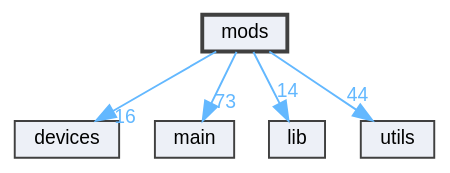
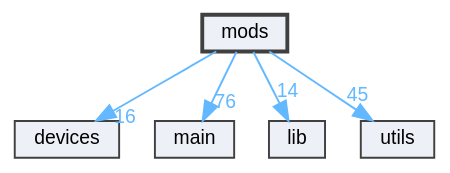
Before and after one commit to the-moisrex/foresight: the diagram in api/dir_e32e21dff86b2f4c3e9cf44f437b74cb_dep.dot, drawn with Graphviz. The commit also changed 223 other files, not shown here.

```diff
--- a/api/dir_e32e21dff86b2f4c3e9cf44f437b74cb_dep.dot
+++ b/api/dir_e32e21dff86b2f4c3e9cf44f437b74cb_dep.dot
@@ -1,17 +1,17 @@
 digraph "mods"
 {
  // LATEX_PDF_SIZE
   bgcolor="transparent";
   edge [fontname=Helvetica,fontsize=10,labelfontname=Helvetica,labelfontsize=10];
   node [fontname=Helvetica,fontsize=10,shape=box,height=0.2,width=0.4];
   compound=true
   dir_e32e21dff86b2f4c3e9cf44f437b74cb [label="mods", fillcolor="#edf0f7", color="grey25", style="filled,bold", URL="dir_e32e21dff86b2f4c3e9cf44f437b74cb.html",tooltip=""];
   dir_07b86ffc266b39efa5bbdc0e9fdb330a [label="devices", fillcolor="#edf0f7", color="grey25", style="filled", URL="dir_07b86ffc266b39efa5bbdc0e9fdb330a.html",tooltip=""];
   dir_5c982d53a68cdbcd421152b4020263a9 [label="main", fillcolor="#edf0f7", color="grey25", style="filled", URL="dir_5c982d53a68cdbcd421152b4020263a9.html",tooltip=""];
   dir_97aefd0d527b934f1d99a682da8fe6a9 [label="lib", fillcolor="#edf0f7", color="grey25", style="filled", URL="dir_97aefd0d527b934f1d99a682da8fe6a9.html",tooltip=""];
   dir_cbdb8362360e11eafe2fa3bc74cf0ffd [label="utils", fillcolor="#edf0f7", color="grey25", style="filled", URL="dir_cbdb8362360e11eafe2fa3bc74cf0ffd.html",tooltip=""];
   dir_e32e21dff86b2f4c3e9cf44f437b74cb->dir_07b86ffc266b39efa5bbdc0e9fdb330a [headlabel="16", labeldistance=1.5 headhref="dir_000004_000001.html" href="dir_000004_000001.html" color="steelblue1" fontcolor="steelblue1"];
-  dir_e32e21dff86b2f4c3e9cf44f437b74cb->dir_5c982d53a68cdbcd421152b4020263a9 [headlabel="73", labeldistance=1.5 headhref="dir_000004_000003.html" href="dir_000004_000003.html" color="steelblue1" fontcolor="steelblue1"];
+  dir_e32e21dff86b2f4c3e9cf44f437b74cb->dir_5c982d53a68cdbcd421152b4020263a9 [headlabel="76", labeldistance=1.5 headhref="dir_000004_000003.html" href="dir_000004_000003.html" color="steelblue1" fontcolor="steelblue1"];
   dir_e32e21dff86b2f4c3e9cf44f437b74cb->dir_97aefd0d527b934f1d99a682da8fe6a9 [headlabel="14", labeldistance=1.5 headhref="dir_000004_000002.html" href="dir_000004_000002.html" color="steelblue1" fontcolor="steelblue1"];
-  dir_e32e21dff86b2f4c3e9cf44f437b74cb->dir_cbdb8362360e11eafe2fa3bc74cf0ffd [headlabel="44", labeldistance=1.5 headhref="dir_000004_000005.html" href="dir_000004_000005.html" color="steelblue1" fontcolor="steelblue1"];
+  dir_e32e21dff86b2f4c3e9cf44f437b74cb->dir_cbdb8362360e11eafe2fa3bc74cf0ffd [headlabel="45", labeldistance=1.5 headhref="dir_000004_000005.html" href="dir_000004_000005.html" color="steelblue1" fontcolor="steelblue1"];
 }
```
